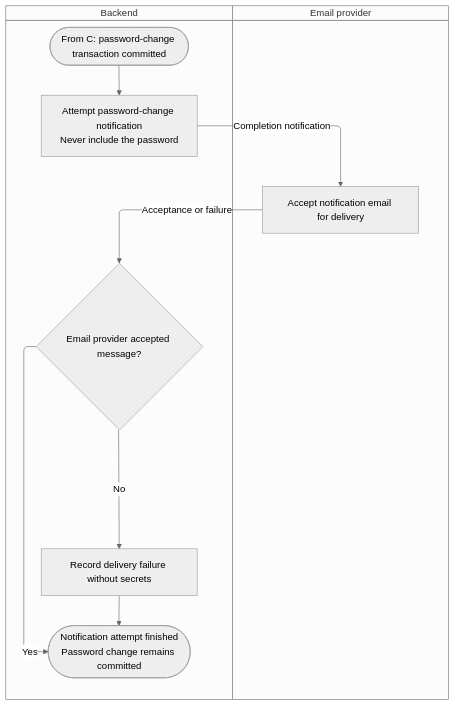
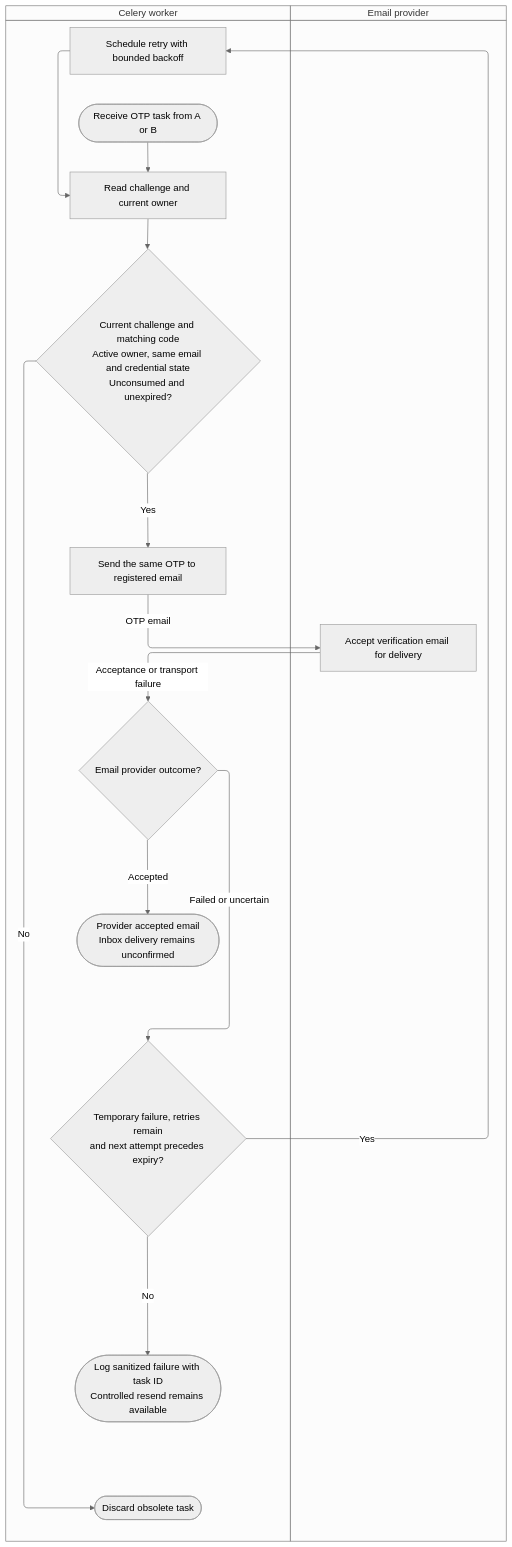
The fifth of 5 diagrams in diagrams/specific-business-processes/account/change-password.md (RHILIUS/E-Commerce-Docs), drawn with Mermaid (neutral theme) before and after one commit. The commit also changed other lines of this file and 1 other file, not shown here.

Commit message:
ERD: update change password documentation to include Celery OTP delivery and clarify email notification handling

````diff
--- a/diagrams/specific-business-processes/account/change-password.md
+++ b/diagrams/specific-business-processes/account/change-password.md
@@ -176,18 +174,27 @@
 ```mermaid
 swimlane-beta TB
-    subgraph D_API["Backend"]
-        D_start(["From C: password-change transaction committed"])
-        D_send["Attempt password-change notification<br/>Never include the password"]
-        D_result{"Email provider accepted message?"}
-        D_record["Record delivery failure without secrets"]
-        D_end(["Notification attempt finished<br/>Password change remains committed"])
-        D_start --> D_send
-        D_result -->|Yes| D_end
-        D_result -->|No| D_record --> D_end
+    subgraph D_WORKER["Celery worker"]
+        D_start(["Receive OTP task from A or B"])
+        D_read["Read challenge and current owner"]
+        D_valid{"Current challenge and matching code<br/>Active owner, same email and credential state<br/>Unconsumed and unexpired?"}
+        D_skip(["Discard obsolete task"])
+        D_send["Send the same OTP to registered email"]
+        D_outcome{"Email provider outcome?"}
+        D_retry{"Temporary failure, retries remain<br/>and next attempt precedes expiry?"}
+        D_delay["Schedule retry with bounded backoff"]
+        D_fail(["Log sanitized failure with task ID<br/>Controlled resend remains available"])
+        D_done(["Provider accepted email<br/>Inbox delivery remains unconfirmed"])
     end
     subgraph D_MAIL["Email provider"]
-        D_mail["Accept notification email for delivery"]
+        D_mail["Accept verification email for delivery"]
     end
-    D_send -->|Completion notification| D_mail
-    D_mail -->|Acceptance or failure| D_result
+    D_start --> D_read --> D_valid
+    D_valid -->|No| D_skip
+    D_valid -->|Yes| D_send
+    D_send -->|OTP email| D_mail
+    D_mail -->|Acceptance or transport failure| D_outcome
+    D_outcome -->|Accepted| D_done
+    D_outcome -->|Failed or uncertain| D_retry
+    D_retry -->|Yes| D_delay --> D_read
+    D_retry -->|No| D_fail
 ```
````
